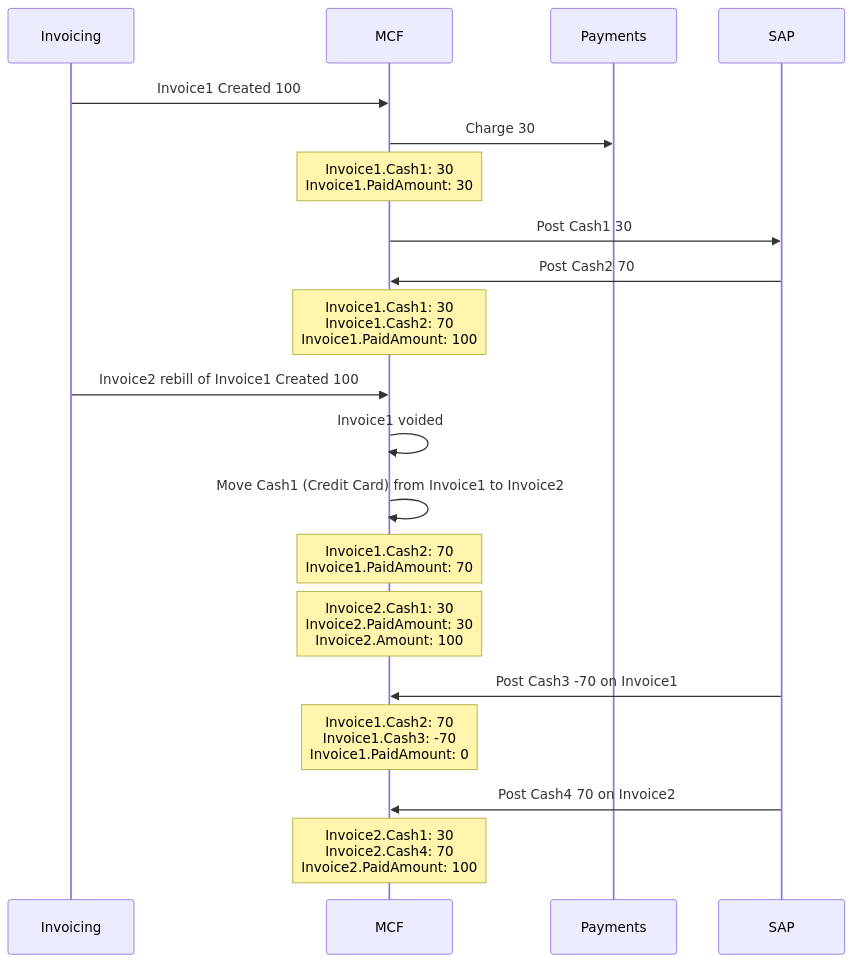
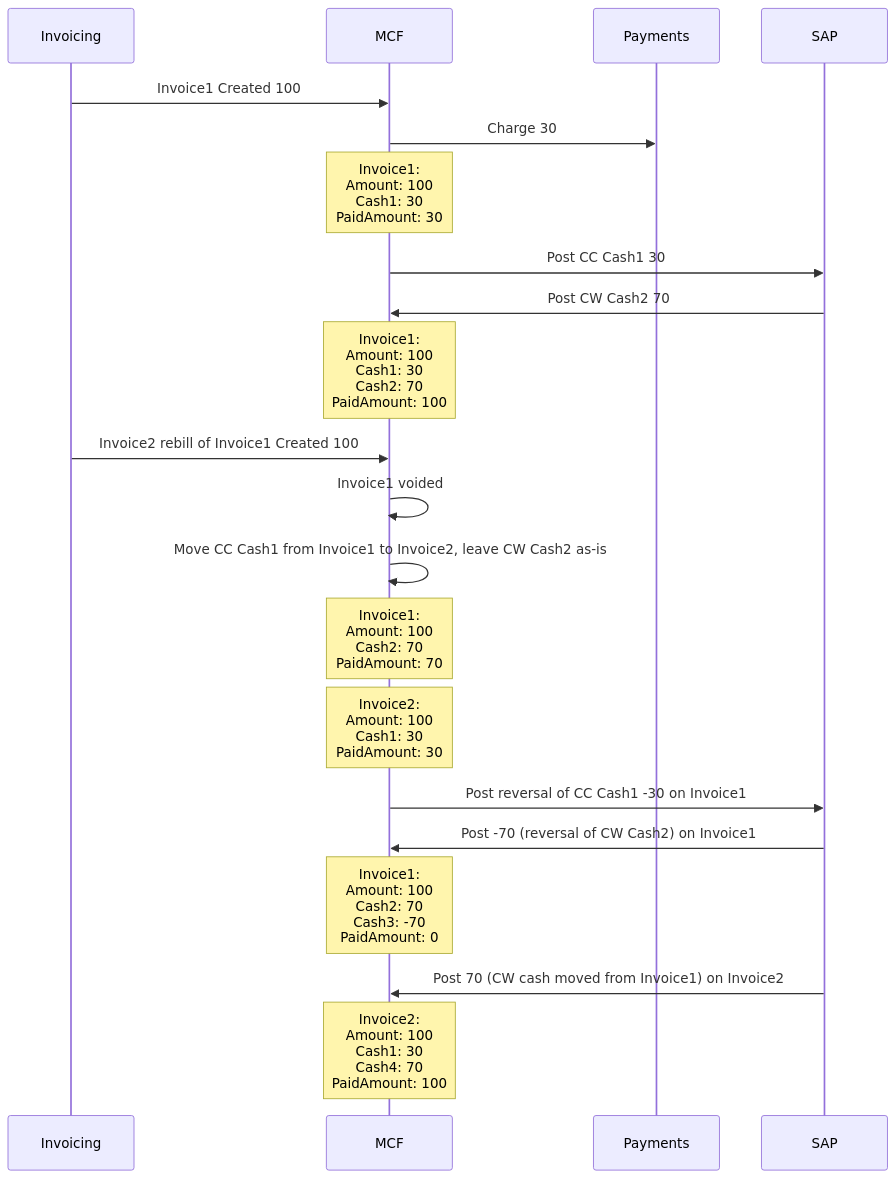
Diagram 11 of 13 in MCF-SAP Scenarios.md (vikramsinha/test1), drawn with Mermaid before and after one commit.

Commit message:
Update MCF-SAP Scenarios.md

````diff
--- a/MCF-SAP Scenarios.md
+++ b/MCF-SAP Scenarios.md
@@ -217,23 +217,24 @@
 ```mermaid
 %%{init: {'theme': 'default'} }%%
 sequenceDiagram
     participant Invoicing
     participant MCF
     participant Payments
     participant SAP
     Invoicing->>MCF: Invoice1 Created 100
     MCF->>Payments: Charge 30
-    Note over MCF: Invoice1.Cash1: 30<br/>Invoice1.PaidAmount: 30
-    MCF->>SAP: Post Cash1 30
-    SAP->>MCF: Post Cash2 70
-    Note over MCF: Invoice1.Cash1: 30<br/>Invoice1.Cash2: 70<br/>Invoice1.PaidAmount: 100
+    Note over MCF: Invoice1:<br/>Amount: 100<br/>Cash1: 30<br/>PaidAmount: 30
+    MCF->>SAP: Post CC Cash1 30
+    SAP->>MCF: Post CW Cash2 70
+    Note over MCF: Invoice1:<br/>Amount: 100<br/>Cash1: 30<br/>Cash2: 70<br/>PaidAmount: 100
     Invoicing->>MCF: Invoice2 rebill of Invoice1 Created 100
     MCF->>MCF: Invoice1 voided
-    MCF->>MCF: Move Cash1 (Credit Card) from Invoice1 to Invoice2
-    Note over MCF: Invoice1.Cash2: 70<br/>Invoice1.PaidAmount: 70
-    Note over MCF: Invoice2.Cash1: 30<br/>Invoice2.PaidAmount: 30<br/>Invoice2.Amount: 100
-    SAP->>MCF: Post Cash3 -70 on Invoice1
-    Note over MCF: Invoice1.Cash2: 70<br/>Invoice1.Cash3: -70<br/>Invoice1.PaidAmount: 0
-    SAP->>MCF: Post Cash4 70 on Invoice2
-    Note over MCF: Invoice2.Cash1: 30<br/>Invoice2.Cash4: 70<br/>Invoice2.PaidAmount: 100
+    MCF->>MCF: Move CC Cash1 from Invoice1 to Invoice2, leave CW Cash2 as-is
+    Note over MCF: Invoice1:<br/>Amount: 100<br/>Cash2: 70<br/>PaidAmount: 70
+    Note over MCF: Invoice2:<br/>Amount: 100<br/>Cash1: 30<br/>PaidAmount: 30
+    MCF->>SAP: Post reversal of CC Cash1 -30 on Invoice1
+    SAP->>MCF: Post -70 (reversal of CW Cash2) on Invoice1
+    Note over MCF: Invoice1:<br/>Amount: 100<br/>Cash2: 70<br/>Cash3: -70<br/>PaidAmount: 0
+    SAP->>MCF: Post 70 (CW cash moved from Invoice1) on Invoice2
+    Note over MCF: Invoice2:<br/>Amount: 100<br/>Cash1: 30<br/>Cash4: 70<br/>PaidAmount: 100
 ```
````
